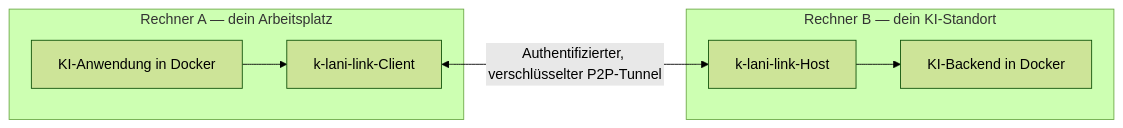
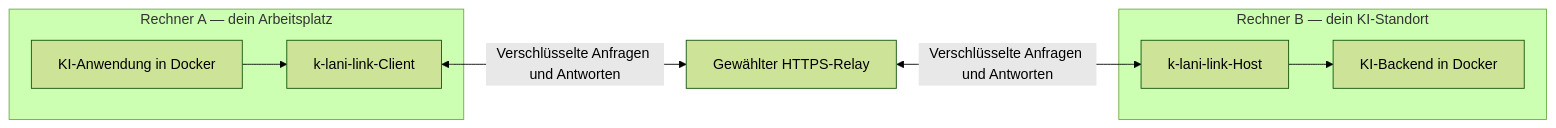
One commit to MarvKalani/k-lani-link changed the diagram in README.de.md. Above: the diagram before and after it, drawn with Mermaid (forest theme). The commit also changed other lines of this file and 9 other files, not shown here.

Commit message:
Clarify encrypted relay flow and current product presentation

````diff
--- a/README.de.md
+++ b/README.de.md
@@ -62,10 +62,11 @@
 ```mermaid
 flowchart LR
     subgraph A[Rechner A — dein Arbeitsplatz]
         APP[KI-Anwendung in Docker] --> CLIENT[k-lani-link-Client]
     end
     subgraph B[Rechner B — dein KI-Standort]
         HOST[k-lani-link-Host] --> AI[KI-Backend in Docker]
     end
-    CLIENT <-->|Authentifizierter, verschlüsselter P2P-Tunnel| HOST
+    CLIENT <-->|Verschlüsselte Anfragen und Antworten| RELAY[Gewählter HTTPS-Relay]
+    RELAY <-->|Verschlüsselte Anfragen und Antworten| HOST
 ```
````
